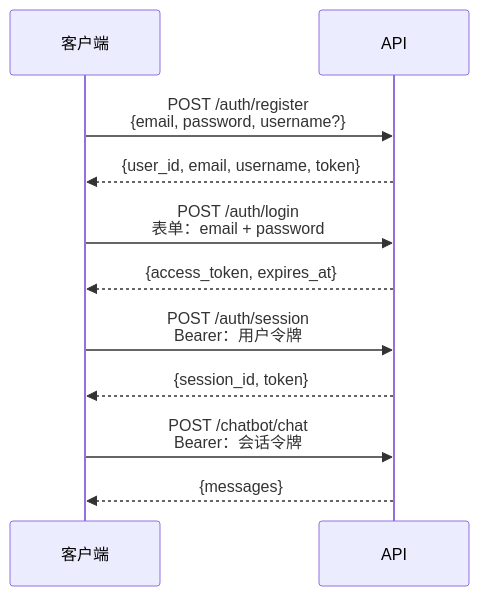
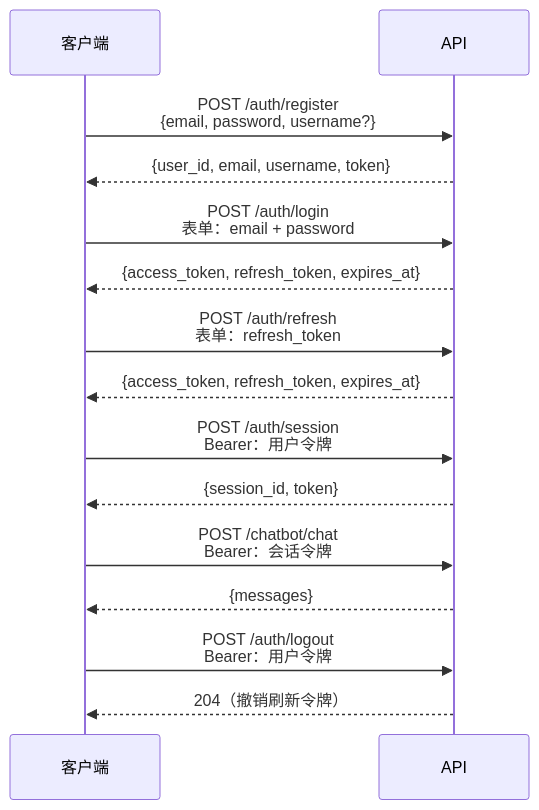
The diagram in docs_zh/authentication.md (Aaiyang/fund_agent), drawn with Mermaid before and after one commit. The commit also changed other lines of this file and 1 other file, not shown here.

````diff
--- a/docs_zh/authentication.md
+++ b/docs_zh/authentication.md
@@ -5,17 +5,23 @@
 ```mermaid
 sequenceDiagram
     participant C as 客户端
     participant A as API
 
     C->>A: POST /auth/register<br/>{email, password, username?}
     A-->>C: {user_id, email, username, token}
 
     C->>A: POST /auth/login<br/>表单：email + password
-    A-->>C: {access_token, expires_at}
+    A-->>C: {access_token, refresh_token, expires_at}
+
+    C->>A: POST /auth/refresh<br/>表单：refresh_token
+    A-->>C: {access_token, refresh_token, expires_at}
 
     C->>A: POST /auth/session<br/>Bearer：用户令牌
     A-->>C: {session_id, token}
 
     C->>A: POST /chatbot/chat<br/>Bearer：会话令牌
     A-->>C: {messages}
+
+    C->>A: POST /auth/logout<br/>Bearer：用户令牌
+    A-->>C: 204（撤销刷新令牌）
 ```
````
